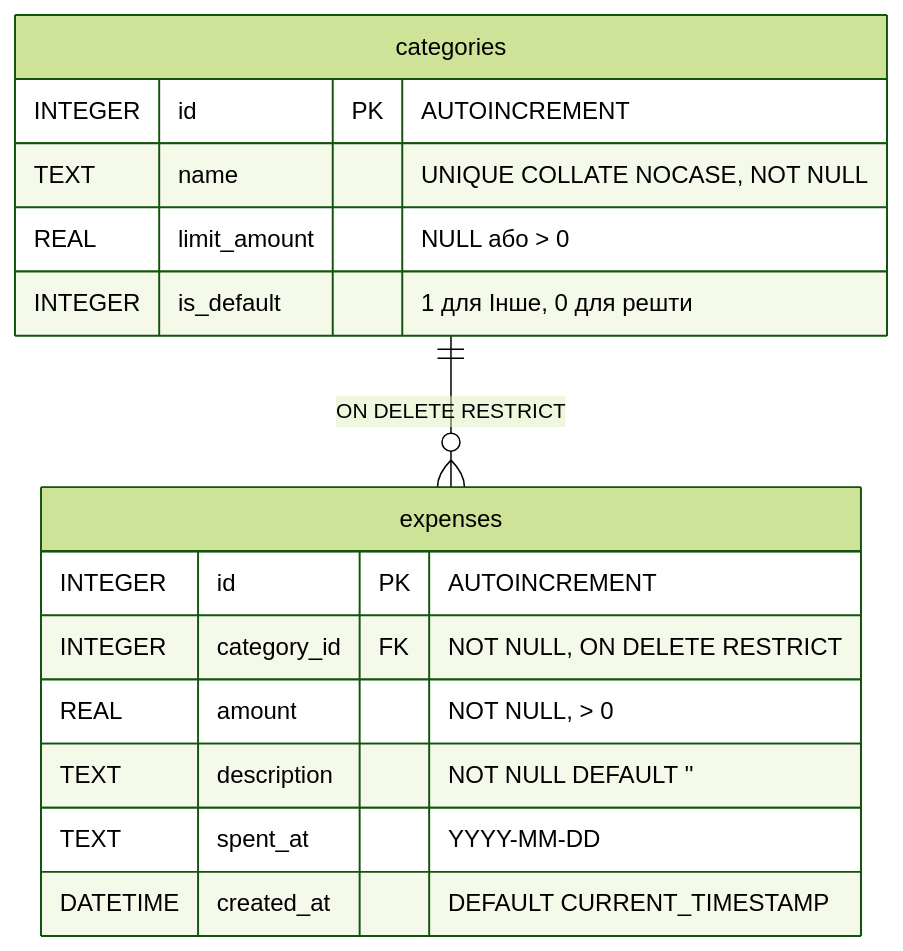
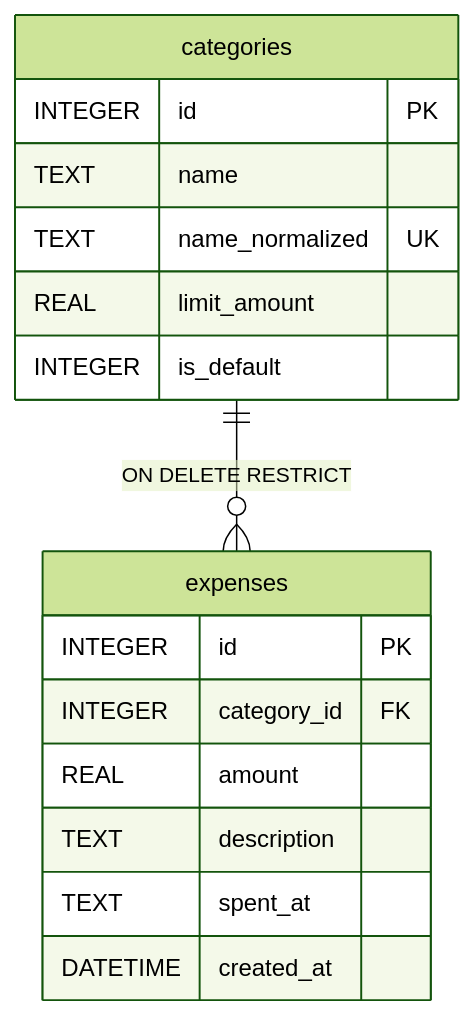
One commit to respekttt/spendwise changed the diagram in spec.md. Above: the diagram before and after it, drawn with Mermaid (forest theme). The commit also changed other lines of this file and 9 other files, not shown here.

First line of the commit message:
docs: add API contract, DB schema and ADRs 001-003; tighten spec

````diff
--- a/spec.md
+++ b/spec.md
@@ -39,20 +19,19 @@
 ```mermaid
 erDiagram
     categories ||--o{ expenses : "ON DELETE RESTRICT"
-
     categories {
-        INTEGER id PK "AUTOINCREMENT"
-        TEXT name "UNIQUE COLLATE NOCASE, NOT NULL"
-        REAL limit_amount "NULL або > 0"
-        INTEGER is_default "1 для Інше, 0 для решти"
+        INTEGER id PK
+        TEXT name
+        TEXT name_normalized UK
+        REAL limit_amount
+        INTEGER is_default
     }
-
     expenses {
-        INTEGER id PK "AUTOINCREMENT"
-        INTEGER category_id FK "NOT NULL, ON DELETE RESTRICT"
-        REAL amount "NOT NULL, > 0"
-        TEXT description "NOT NULL DEFAULT ''"
-        TEXT spent_at "YYYY-MM-DD"
-        DATETIME created_at "DEFAULT CURRENT_TIMESTAMP"
+        INTEGER id PK
+        INTEGER category_id FK
+        REAL amount
+        TEXT description
+        TEXT spent_at
+        DATETIME created_at
     }
 ```
````
